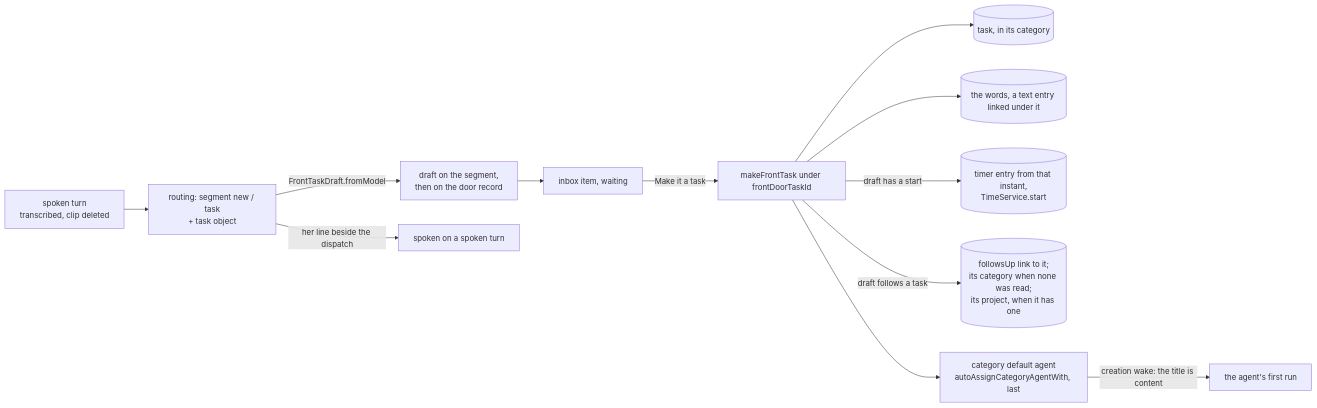
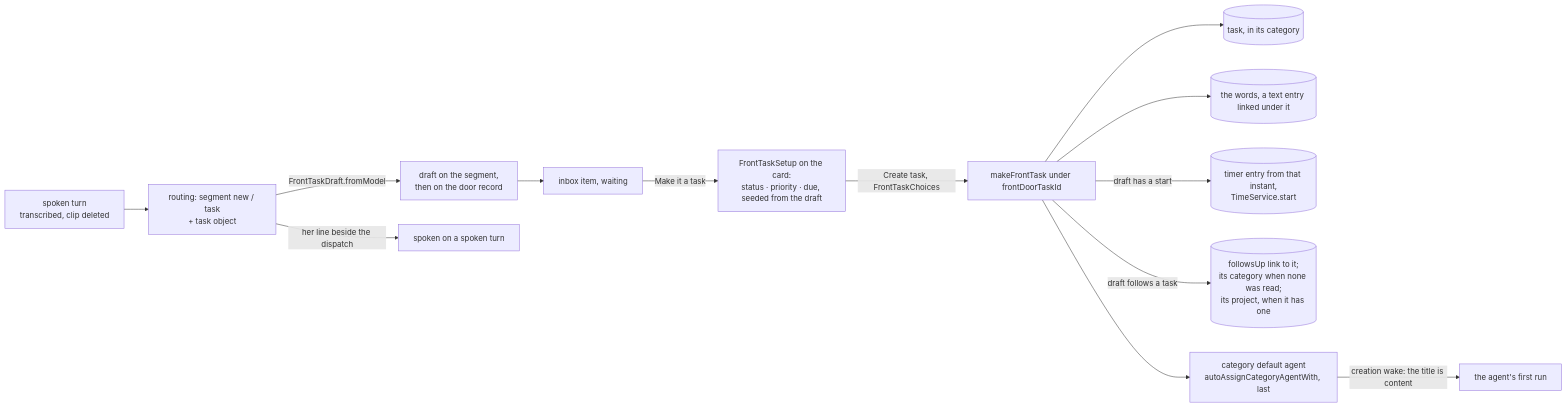
The eighth of 18 diagrams in knowledge/features/front_agent.md (matthiasn/lotti), drawn with Mermaid before and after one commit. The commit also changed other lines of this file and 44 other files, not shown here.

Commit message:
feat(front-agent): set up a task's status, priority and due day on the card before it is made

````diff
--- a/knowledge/features/front_agent.md
+++ b/knowledge/features/front_agent.md
@@ -1061,14 +1067,15 @@
 ```mermaid
 flowchart LR
   W[spoken turn<br/>transcribed, clip deleted] --> R[routing: segment new / task<br/>+ task object]
   R -->|FrontTaskDraft.fromModel| V[draft on the segment,<br/>then on the door record]
   V --> I[inbox item, waiting]
-  I -->|Make it a task| M[makeFrontTask under frontDoorTaskId]
+  I -->|Make it a task| U[FrontTaskSetup on the card:<br/>status · priority · due, seeded from the draft]
+  U -->|Create task, FrontTaskChoices| M[makeFrontTask under frontDoorTaskId]
   M --> T[(task, in its category)]
   M --> E[(the words, a text entry linked under it)]
   M -->|draft has a start| C[(timer entry from that instant,<br/>TimeService.start)]
   M -->|draft follows a task| L[(followsUp link to it;<br/>its category when none was read;<br/>its project, when it has one)]
   M --> A[category default agent<br/>autoAssignCategoryAgentWith, last]
   A -->|creation wake: the title is content| G[the agent's first run]
   R -->|her line beside the dispatch| S[spoken on a spoken turn]
 ```
````
